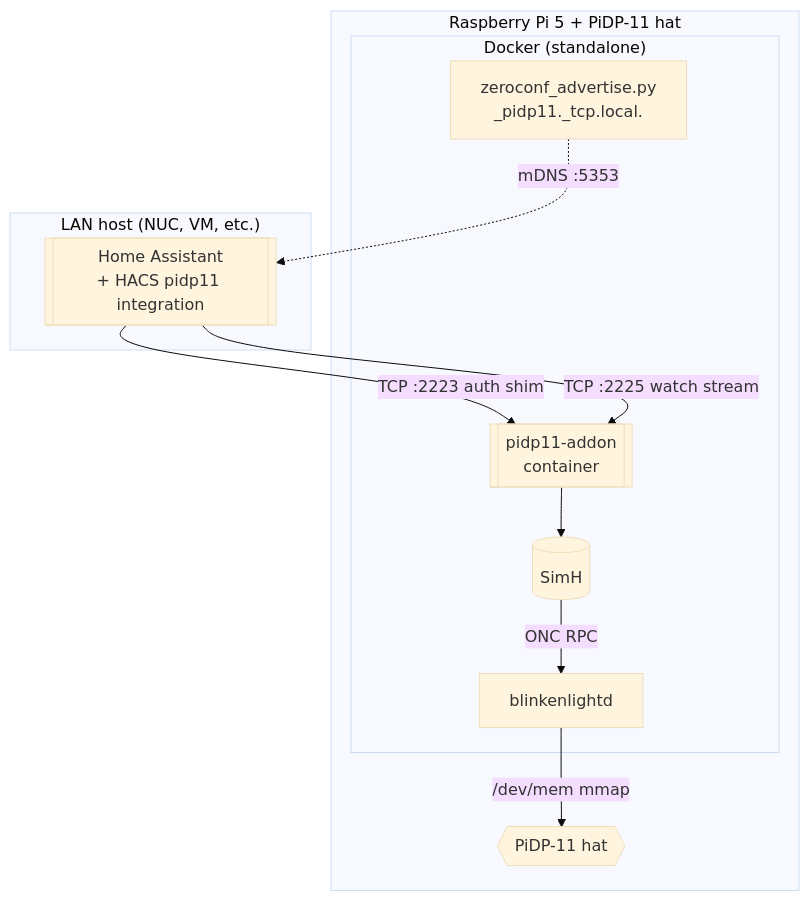
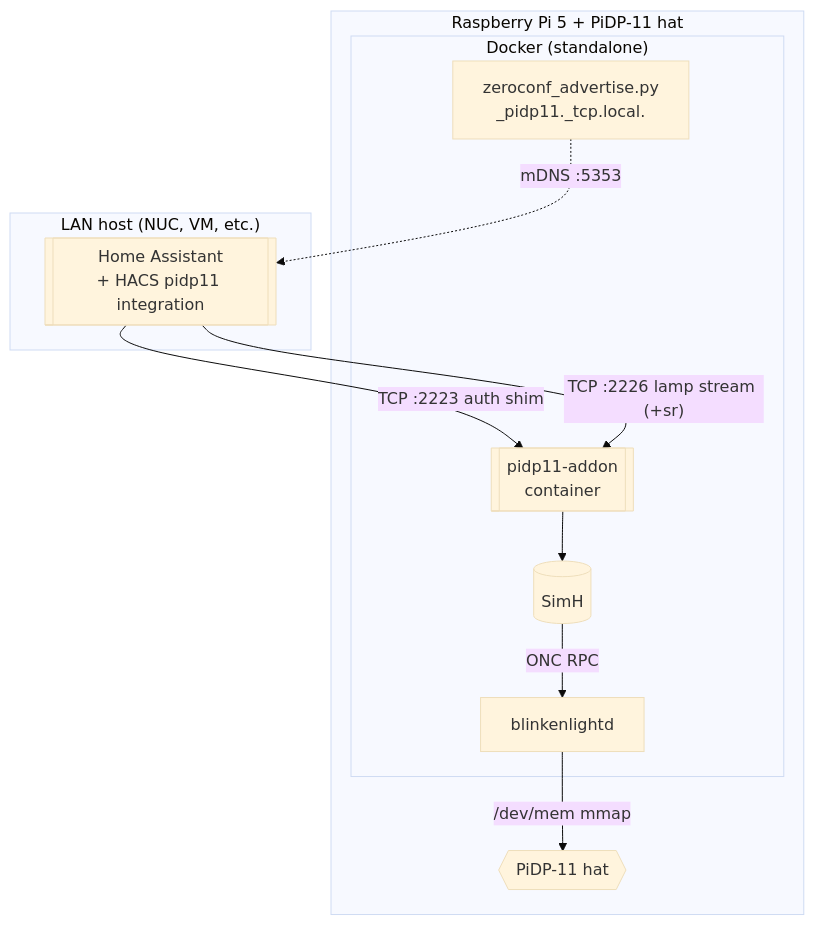
One commit to dmz006/pidp11-hacs changed the seventh of 8 diagrams in docs/diagrams.md. Above: the diagram before and after it, drawn with Mermaid (base theme). The commit also changed other lines of this file and 31 other files, not shown here.

````diff
--- a/docs/diagrams.md
+++ b/docs/diagrams.md
@@ -163,23 +165,23 @@
 ```mermaid
 graph TB
     subgraph Pi5["Raspberry Pi 5 + PiDP-11 hat"]
         subgraph DockerHost["Docker (standalone)"]
             addon[[pidp11-addon<br/>container]]
             zc[zeroconf_advertise.py<br/>_pidp11._tcp.local.]
             simh[(SimH)]
             blink[blinkenlightd]
         end
         hat{{PiDP-11 hat}}
     end
 
     subgraph RemoteHost["LAN host (NUC, VM, etc.)"]
         ha[[Home Assistant<br/>+ HACS pidp11 integration]]
     end
 
     zc -. "mDNS :5353" .-> ha
     ha -- "TCP :2223 auth shim" --> addon
-    ha -- "TCP :2225 watch stream" --> addon
+    ha -- "TCP :2226 lamp stream (+sr)" --> addon
     addon --> simh
     simh -- "ONC RPC" --> blink
     blink -- "/dev/mem mmap" --> hat
 ```
````
